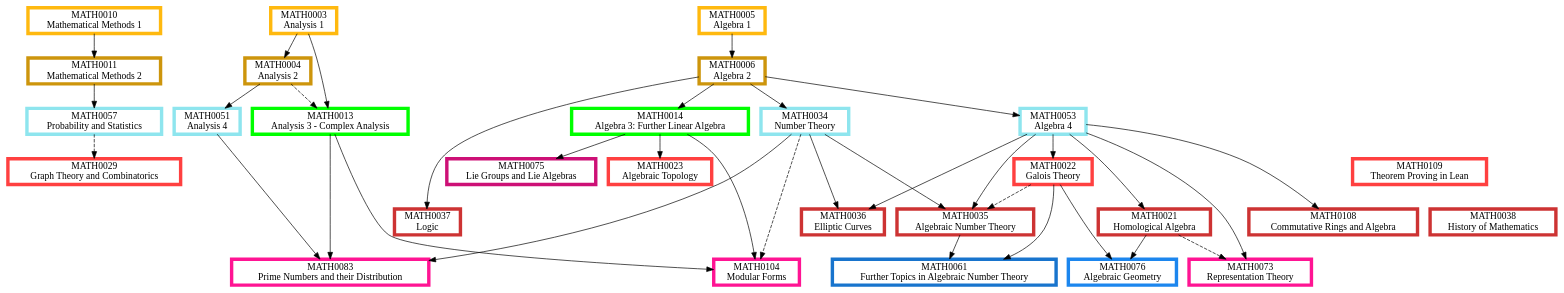
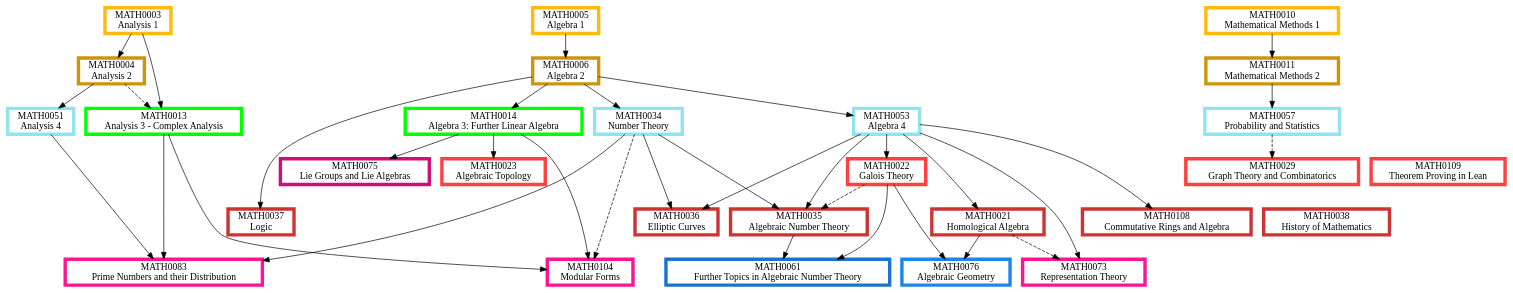
The diagram in Algebra.dot (matthew-towers/pathways), drawn with Graphviz before and after one commit. The commit also changed other lines of this file and 11 other files, not shown here.

```diff
--- a/Algebra.dot
+++ b/Algebra.dot
@@ -1,123 +1,123 @@
 digraph {
 	node [fillcolor=white penwidth=5 shape=box style="filled,bold"]
 	subgraph "1.0 1" {
 		rank=same
+		MATH0003 [label="MATH0003
+Analysis 1" color=darkgoldenrod1 href="https://www.ucl.ac.uk/mathematical-physical-sciences/sites/mathematical_physical_sciences/files/math0003.pdf" tooltip="Year 1, term 1"]
 		MATH0010 [label="MATH0010
 Mathematical Methods 1" color=darkgoldenrod1 href="https://www.ucl.ac.uk/mathematical-physical-sciences/sites/mathematical_physical_sciences/files/math0010.pdf" tooltip="Year 1, term 1"]
-		MATH0003 [label="MATH0003
-Analysis 1" color=darkgoldenrod1 href="https://www.ucl.ac.uk/mathematical-physical-sciences/sites/mathematical_physical_sciences/files/math0003.pdf" tooltip="Year 1, term 1"]
 		MATH0005 [label="MATH0005
 Algebra 1" color=darkgoldenrod1 href="https://www.ucl.ac.uk/mathematical-physical-sciences/sites/mathematical_physical_sciences/files/math0005.pdf" tooltip="Year 1, term 1"]
 	}
 	MATH0010 -> MATH0011 [tooltip="required prerequisite"]
+	MATH0005 -> MATH0006 [tooltip="required prerequisite"]
 	MATH0003 -> MATH0004 [tooltip="required prerequisite"]
-	MATH0005 -> MATH0006 [tooltip="required prerequisite"]
 	subgraph "1.0 2" {
 		rank=same
 		MATH0011 [label="MATH0011
 Mathematical Methods 2" color=darkgoldenrod3 href="https://www.ucl.ac.uk/mathematical-physical-sciences/sites/mathematical_physical_sciences/files/math0011_2.pdf" tooltip="Year 1, term 2"]
+		MATH0006 [label="MATH0006
+Algebra 2" color=darkgoldenrod3 href="https://www.ucl.ac.uk/mathematical-physical-sciences/sites/mathematical_physical_sciences/files/math0006.pdf" tooltip="Year 1, term 2"]
 		MATH0004 [label="MATH0004
 Analysis 2" color=darkgoldenrod3 href="https://www.ucl.ac.uk/mathematical-physical-sciences/sites/mathematical_physical_sciences/files/math0004.pdf" tooltip="Year 1, term 2"]
-		MATH0006 [label="MATH0006
-Algebra 2" color=darkgoldenrod3 href="https://www.ucl.ac.uk/mathematical-physical-sciences/sites/mathematical_physical_sciences/files/math0006.pdf" tooltip="Year 1, term 2"]
 	}
 	MATH0003 -> MATH0013 [tooltip="required prerequisite"]
 	MATH0004 -> MATH0013 [style=dashed tooltip="recommended prerequisite"]
 	MATH0006 -> MATH0014 [tooltip="required prerequisite"]
 	subgraph "2.0 1" {
 		rank=same
 		MATH0013 [label="MATH0013
 Analysis 3 - Complex Analysis" color=green1 href="https://www.ucl.ac.uk/mathematical-physical-sciences/sites/mathematical_physical_sciences/files/math0013.pdf" tooltip="Year 2, term 1"]
 		MATH0014 [label="MATH0014
 Algebra 3: Further Linear Algebra" color=green1 href="https://www.ucl.ac.uk/mathematical-physical-sciences/sites/mathematical_physical_sciences/files/math0014.pdf" tooltip="Year 2, term 1"]
 	}
+	MATH0004 -> MATH0051 [tooltip="required prerequisite"]
 	MATH0006 -> MATH0053 [tooltip="required prerequisite"]
+	MATH0006 -> MATH0034 [tooltip="required prerequisite"]
 	MATH0011 -> MATH0057 [tooltip="required prerequisite"]
-	MATH0006 -> MATH0034 [tooltip="required prerequisite"]
-	MATH0004 -> MATH0051 [tooltip="required prerequisite"]
 	subgraph "2.5 2" {
 		rank=same
+		MATH0051 [label="MATH0051
+Analysis 4" color=cadetblue2 href="https://www.ucl.ac.uk/mathematical-physical-sciences/sites/mathematical_physical_sciences/files/math0051.pdf" tooltip="Year 2 or 3, term 2"]
 		MATH0053 [label="MATH0053
 Algebra 4" color=cadetblue2 href="https://www.ucl.ac.uk/mathematical-physical-sciences/sites/mathematical_physical_sciences/files/math0053.pdf" tooltip="Year 2 or 3, term 2"]
+		MATH0034 [label="MATH0034
+Number Theory" color=cadetblue2 href="https://www.ucl.ac.uk/mathematical-physical-sciences/sites/mathematical_physical_sciences/files/math0034.pdf" tooltip="Year 2 or 3, term 2"]
 		MATH0057 [label="MATH0057
 Probability and Statistics" color=cadetblue2 href="https://www.ucl.ac.uk/mathematical-physical-sciences/sites/mathematical_physical_sciences/files/math0057.pdf" tooltip="Year 2 or 3, term 2"]
-		MATH0034 [label="MATH0034
-Number Theory" color=cadetblue2 href="https://www.ucl.ac.uk/mathematical-physical-sciences/sites/mathematical_physical_sciences/files/math0034.pdf" tooltip="Year 2 or 3, term 2"]
-		MATH0051 [label="MATH0051
-Analysis 4" color=cadetblue2 href="https://www.ucl.ac.uk/mathematical-physical-sciences/sites/mathematical_physical_sciences/files/math0051.pdf" tooltip="Year 2 or 3, term 2"]
 	}
 	MATH0053 -> MATH0022 [tooltip="required prerequisite"]
+	MATH0014 -> MATH0023 [tooltip="required prerequisite"]
 	MATH0057 -> MATH0029 [style=dashed tooltip="recommended prerequisite"]
-	MATH0014 -> MATH0023 [tooltip="required prerequisite"]
 	subgraph "3.0 1" {
 		rank=same
 		MATH0022 [label="MATH0022
 Galois Theory" color=brown1 href="https://www.ucl.ac.uk/mathematical-physical-sciences/sites/mathematical_physical_sciences/files/math0022.pdf" tooltip="Year 3, term 1"]
-		MATH0029 [label="MATH0029
-Graph Theory and Combinatorics" color=brown1 href="https://www.ucl.ac.uk/mathematical-physical-sciences/sites/mathematical_physical_sciences/files/math0029.pdf" tooltip="Year 3, term 1"]
 		MATH0023 [label="MATH0023
 Algebraic Topology" color=brown1 href="https://www.ucl.ac.uk/mathematical-physical-sciences/sites/mathematical_physical_sciences/files/math0023_1.pdf" tooltip="Year 3, term 1"]
 		MATH0109 [label="MATH0109
 Theorem Proving in Lean" color=brown1 href="https://www.ucl.ac.uk/mathematical-physical-sciences/sites/mathematical_physical_sciences/files/math0109.pdf" tooltip="Year 3, term 1"]
+		MATH0029 [label="MATH0029
+Graph Theory and Combinatorics" color=brown1 href="https://www.ucl.ac.uk/mathematical-physical-sciences/sites/mathematical_physical_sciences/files/math0029.pdf" tooltip="Year 3, term 1"]
 	}
 	MATH0006 -> MATH0037 [tooltip="required prerequisite"]
+	MATH0053 -> MATH0108 [tooltip="required prerequisite"]
 	MATH0034 -> MATH0035 [tooltip="required prerequisite"]
 	MATH0053 -> MATH0035 [tooltip="required prerequisite"]
 	MATH0022 -> MATH0035 [style=dashed tooltip="recommended prerequisite"]
-	MATH0053 -> MATH0108 [tooltip="required prerequisite"]
 	MATH0034 -> MATH0036 [tooltip="required prerequisite"]
 	MATH0053 -> MATH0036 [tooltip="required prerequisite"]
 	MATH0053 -> MATH0021 [tooltip="required prerequisite"]
 	subgraph "3.0 2" {
 		rank=same
 		MATH0037 [label="MATH0037
 Logic" color=brown3 href="https://www.ucl.ac.uk/mathematical-physical-sciences/sites/mathematical_physical_sciences/files/math0037.pdf" tooltip="Year 3, term 2"]
+		MATH0038 [label="MATH0038
+History of Mathematics" color=brown3 href="https://www.ucl.ac.uk/mathematical-physical-sciences/sites/mathematical_physical_sciences/files/math0038.pdf" tooltip="Year 3, term 2"]
+		MATH0108 [label="MATH0108
+Commutative Rings and Algebra" color=brown3 href="https://www.ucl.ac.uk/mathematical-physical-sciences/sites/mathematical_physical_sciences/files/0108_0.pdf" tooltip="Year 3, term 2"]
 		MATH0035 [label="MATH0035
 Algebraic Number Theory" color=brown3 href="https://www.ucl.ac.uk/mathematical-physical-sciences/sites/mathematical_physical_sciences/files/math0035.pdf" tooltip="Year 3, term 2"]
-		MATH0108 [label="MATH0108
-Commutative Rings and Algebra" color=brown3 href="https://www.ucl.ac.uk/mathematical-physical-sciences/sites/mathematical_physical_sciences/files/0108_0.pdf" tooltip="Year 3, term 2"]
 		MATH0036 [label="MATH0036
 Elliptic Curves" color=brown3 href="https://www.ucl.ac.uk/mathematical-physical-sciences/sites/mathematical_physical_sciences/files/math0036.pdf" tooltip="Year 3, term 2"]
 		MATH0021 [label="MATH0021
 Homological Algebra" color=brown3 href="https://www.ucl.ac.uk/mathematical-physical-sciences/sites/mathematical_physical_sciences/files/math0021.pdf" tooltip="Year 3, term 2"]
-		MATH0038 [label="MATH0038
-History of Mathematics" color=brown3 href="https://www.ucl.ac.uk/mathematical-physical-sciences/sites/mathematical_physical_sciences/files/math0038.pdf" tooltip="Year 3, term 2"]
 	}
 	MATH0053 -> MATH0073 [tooltip="required prerequisite"]
 	MATH0021 -> MATH0073 [style=dashed tooltip="recommended prerequisite"]
 	MATH0013 -> MATH0104 [tooltip="required prerequisite"]
 	MATH0014 -> MATH0104 [tooltip="required prerequisite"]
 	MATH0034 -> MATH0104 [style=dashed tooltip="recommended prerequisite"]
 	MATH0013 -> MATH0083 [tooltip="required prerequisite"]
 	MATH0051 -> MATH0083 [tooltip="required prerequisite"]
 	MATH0034 -> MATH0083 [tooltip="required prerequisite"]
 	subgraph "3.5 1" {
 		rank=same
 		MATH0073 [label="MATH0073
 Representation Theory" color=deeppink1 href="https://www.ucl.ac.uk/mathematical-physical-sciences/sites/mathematical_physical_sciences/files/math0073.pdf" tooltip="Year 3 or 4, term 1"]
 		MATH0104 [label="MATH0104
 Modular Forms" color=deeppink1 href="https://www.ucl.ac.uk/mathematical-physical-sciences/sites/mathematical_physical_sciences/files/math0104_2.pdf" tooltip="Year 3 or 4, term 1"]
 		MATH0083 [label="MATH0083
 Prime Numbers and their Distribution" color=deeppink1 href="https://www.ucl.ac.uk/mathematical-physical-sciences/sites/mathematical_physical_sciences/files/math0083.pdf" tooltip="Year 3 or 4, term 1"]
 	}
 	MATH0014 -> MATH0075 [tooltip="required prerequisite"]
 	subgraph "3.5 2" {
 		rank=same
 		MATH0075 [label="MATH0075
 Lie Groups and Lie Algebras" color=deeppink3 href="https://www.ucl.ac.uk/mathematical-physical-sciences/sites/mathematical_physical_sciences/files/math0075_3.pdf" tooltip="Year 3 or 4, term 2"]
 	}
 	MATH0021 -> MATH0076 [tooltip="required prerequisite"]
 	MATH0022 -> MATH0076 [tooltip="required prerequisite"]
 	subgraph "4.0 1" {
 		rank=same
 		MATH0076 [label="MATH0076
 Algebraic Geometry" color=dodgerblue2 href="https://www.ucl.ac.uk/mathematical-physical-sciences/sites/mathematical_physical_sciences/files/math0076_2.pdf" tooltip="Year 4, term 1"]
 	}
 	MATH0035 -> MATH0061 [tooltip="required prerequisite"]
 	MATH0022 -> MATH0061 [tooltip="required prerequisite"]
 	subgraph "4 2" {
 		rank=same
 		MATH0061 [label="MATH0061
 Further Topics in Algebraic Number Theory" color=dodgerblue3 href="https://www.ucl.ac.uk/mathematical-physical-sciences/sites/mathematical_physical_sciences/files/math0061_0.pdf" tooltip="Year 4, term 2"]
 	}
 }
```
